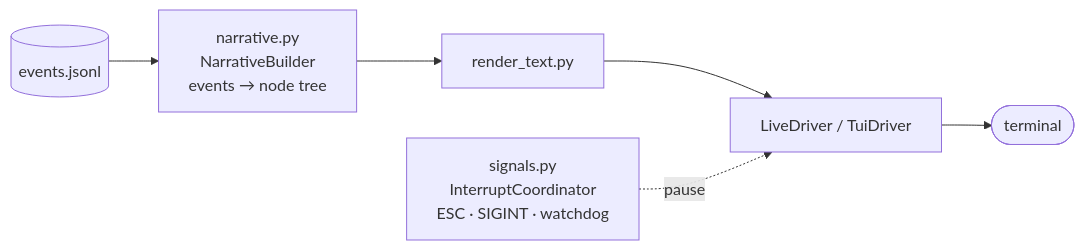
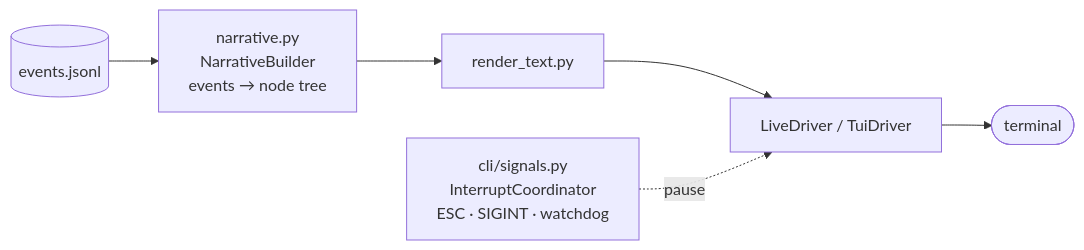
One commit to jpoimboe/imp changed the sixth of 12 diagrams in docs/architecture.md. Above: the diagram before and after it, drawn with Mermaid. The commit also changed other lines of this file, not shown here.

First line of the commit message:
docs: sync architecture.md with default->imp workflow rename and phase rework

````diff
--- a/docs/architecture.md
+++ b/docs/architecture.md
@@ -98,8 +99,8 @@
 ```mermaid
 flowchart LR
   LOG[("events.jsonl")] --> NB["narrative.py<br/>NarrativeBuilder<br/>events → node tree"]
   NB --> RT["render_text.py"]
   RT --> DRV["LiveDriver / TuiDriver"]
   DRV --> term([terminal])
-  SIG["signals.py<br/>InterruptCoordinator<br/>ESC · SIGINT · watchdog"] -.->|"pause"| DRV
+  SIG["cli/signals.py<br/>InterruptCoordinator<br/>ESC · SIGINT · watchdog"] -.->|"pause"| DRV
 ```
````
